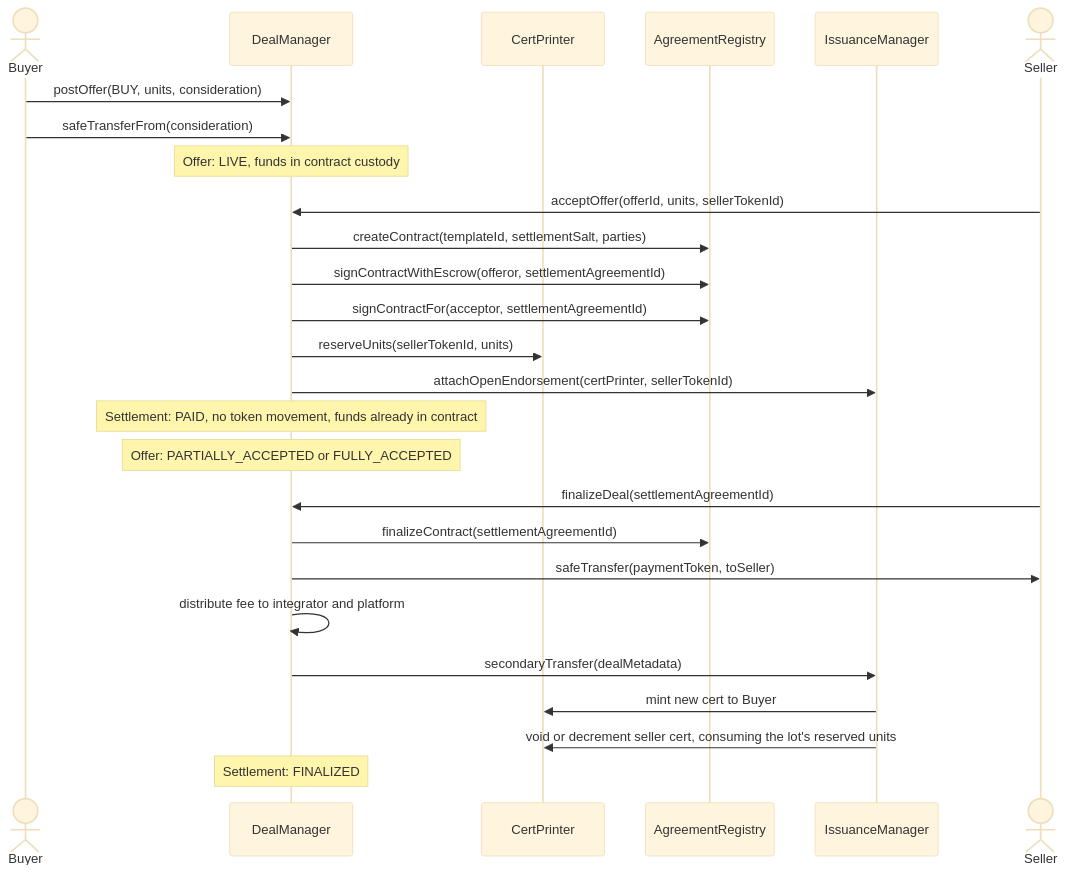
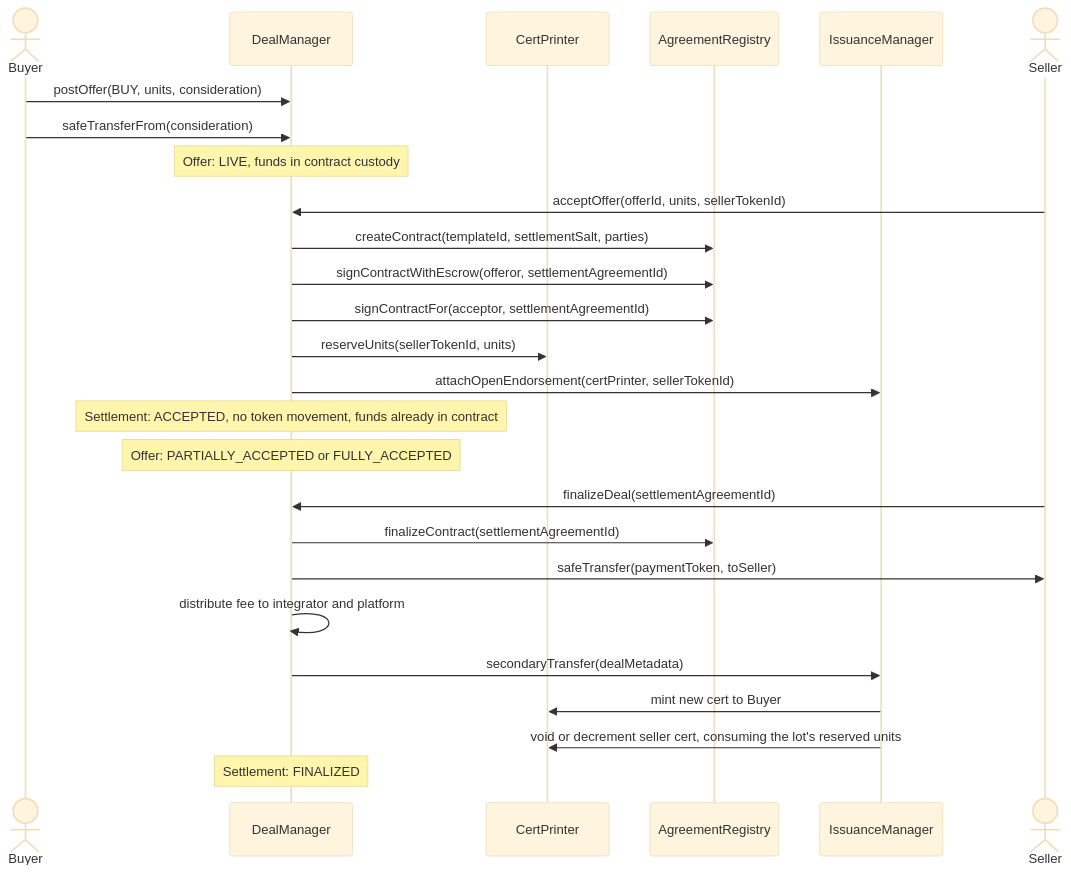
The fourth of 6 diagrams in specs/analysis/dealManager secondary trades.md (MetaLex-Tech/cybercorps-contracts), drawn with Mermaid (base theme) before and after one commit. The commit also changed other lines of this file and 3 other files, not shown here.

````diff
--- a/specs/analysis/dealManager secondary trades.md
+++ b/specs/analysis/dealManager secondary trades.md
@@ -155,28 +154,28 @@
 ```mermaid
 sequenceDiagram
     actor Buyer
     participant DM as DealManager
     participant Cert as CertPrinter
     participant Registry as AgreementRegistry
     participant IM as IssuanceManager
     actor Seller
     Buyer ->> DM: postOffer(BUY, units, consideration)
     Buyer ->> DM: safeTransferFrom(consideration)
     Note over DM: Offer: LIVE, funds in contract custody
     Seller ->> DM: acceptOffer(offerId, units, sellerTokenId)
     DM ->> Registry: createContract(templateId, settlementSalt, parties)
     DM ->> Registry: signContractWithEscrow(offeror, settlementAgreementId)
     DM ->> Registry: signContractFor(acceptor, settlementAgreementId)
     DM ->> Cert: reserveUnits(sellerTokenId, units)
     DM ->> IM: attachOpenEndorsement(certPrinter, sellerTokenId)
-    Note over DM: Settlement: PAID, no token movement, funds already in contract
+    Note over DM: Settlement: ACCEPTED, no token movement, funds already in contract
     Note over DM: Offer: PARTIALLY_ACCEPTED or FULLY_ACCEPTED
     Seller ->> DM: finalizeDeal(settlementAgreementId)
     DM ->> Registry: finalizeContract(settlementAgreementId)
     DM ->> Seller: safeTransfer(paymentToken, toSeller)
     DM ->> DM: distribute fee to integrator and platform
     DM ->> IM: secondaryTransfer(dealMetadata)
     IM ->> Cert: mint new cert to Buyer
     IM ->> Cert: void or decrement seller cert, consuming the lot's reserved units
     Note over DM: Settlement: FINALIZED
 ```
````
